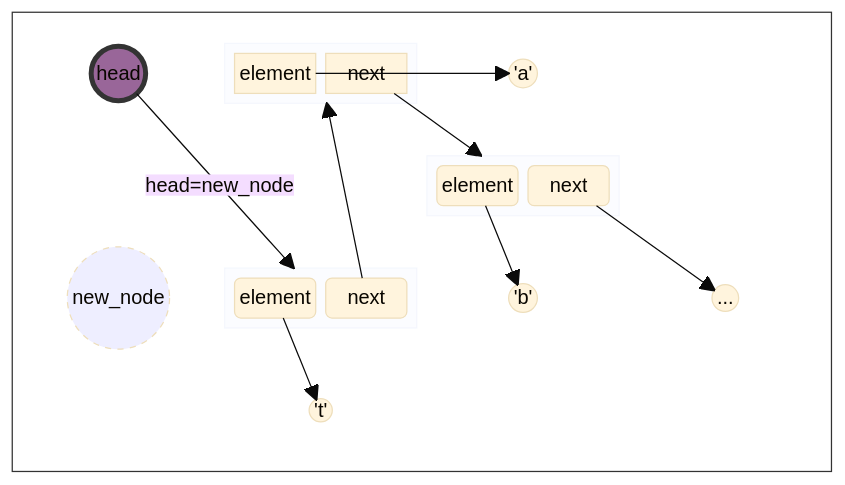
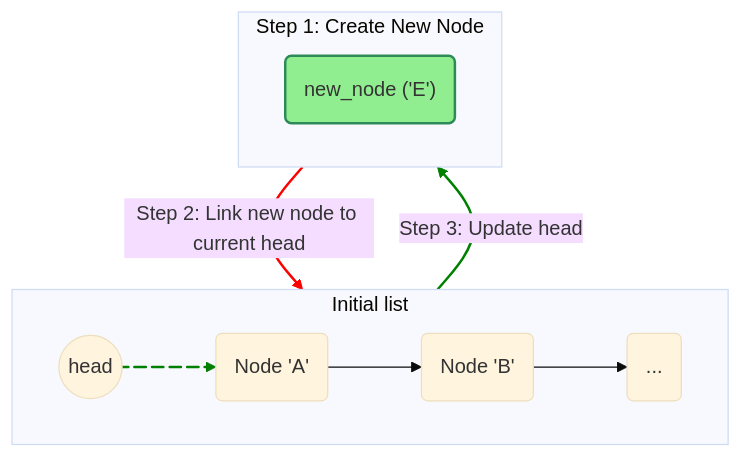
One commit to ruslylove/datastruct changed the fifth of 10 diagrams in lectures/lect-3-Singly-Linked-List.md. Above: the diagram before and after it, drawn with Mermaid (base theme). The commit also changed other lines of this file, not shown here.

Commit message:
update linked list diagram.

````diff
--- a/lectures/lect-3-Singly-Linked-List.md
+++ b/lectures/lect-3-Singly-Linked-List.md
@@ -432,60 +476,25 @@
-```mermaid
+```mermaid {scale:0.7}
 
-
-block-beta
-
-    block:border
-
-    columns 4
-
-    head
-    
-
-    block:node1
-        element
-        next
+graph TD
+    subgraph "Initial list"
+        direction LR
+        head1(("head")) e1@--> A("Node 'A'") --> B("Node 'B'") --> C("...")
     end
 
-     A(("'a'"))
-    space
-    space
-    head
-   
-    
-   space
-
-    block:node2
-        element2("element")
-        next2("next")
+    subgraph "Step 1: Create New Node"
+        direction LR
+        new_node("new_node ('E')")
+        style new_node fill:#90EE90,stroke:#2E8B57,stroke-width:2px
     end
 
-    space
-    nn(("new_node"))
-    block:newnode
-        elementnewnode("element")
-        nextnewnode("next")
-    end
+        direction LR
+        head1 -- "Step 3: Update head" --> new_node
+        new_node -- "Step 2: Link new node to current head" --> A
 
-    B(("'b'"))
+    e1@{ animate: true, animation: slow }
 
-    
-    null
-    space
-    T(("'t'"))
-
-    end
-    
-
-    next --> node2
-    next2 --> null(("..."))
-    head(("head")) -- "head=new_node" --> newnode
-    element --> A
-    element2 --> B
-    nextnewnode --> node1
-    elementnewnode --> T
-
-    style nn stroke-dasharray: 5 5,fill:#eef
-    style head fill:#969,stroke:#333,stroke-width:4px
-    style border fill:#fff,stroke:#333
+    %%linkStyle 0 stroke-width:2px,stroke:blue,fill:none;
+    linkStyle 0,3 stroke-width:2px,stroke:green,fill:none;
+    linkStyle 4 stroke-width:2px,stroke:red,fill:none;
 
 ```
````
